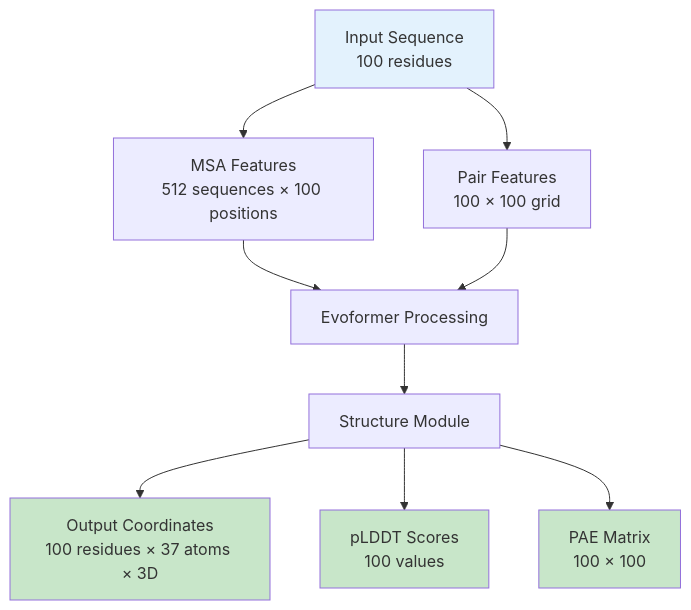
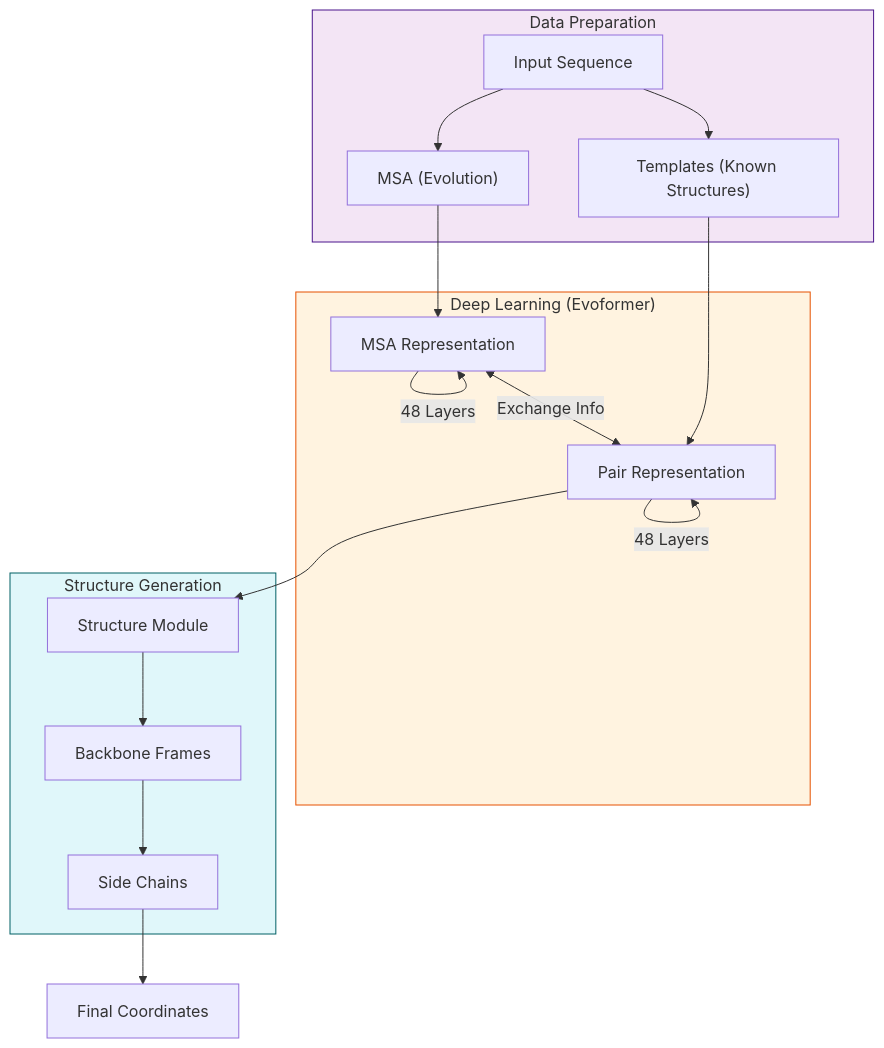
One commit to kimtth/science-alpha-fold-note changed the fourth of 7 diagrams in Diagram.md. Above: the diagram before and after it, drawn with Mermaid. The commit also changed other lines of this file and 2 other files, not shown here.

````diff
--- a/Diagram.md
+++ b/Diagram.md
@@ -143,18 +90,27 @@
 ```mermaid
 flowchart TD
-    A[Input Sequence<br/>100 residues] --> B[MSA Features<br/>512 sequences × 100 positions]
-    A --> C[Pair Features<br/>100 × 100 grid]
-    
-    B --> D[Evoformer Processing]
-    C --> D
-    
-    D --> E[Structure Module]
-    E --> F[Output Coordinates<br/>100 residues × 37 atoms × 3D]
-    E --> G[pLDDT Scores<br/>100 values]
-    E --> H[PAE Matrix<br/>100 × 100]
-    
-    style A fill:#e3f2fd
-    style F fill:#c8e6c9
-    style G fill:#c8e6c9
-    style H fill:#c8e6c9
+    subgraph Data ["Data Preparation"]
+        A["Input Sequence"] --> B["MSA (Evolution)"]
+        A --> C["Templates (Known Structures)"]
+    end
+
+    subgraph Network ["Deep Learning (Evoformer)"]
+        D["MSA Representation"] <-->|Exchange Info| E["Pair Representation"]
+        D --"48 Layers"--> D
+        E --"48 Layers"--> E
+    end
+
+    subgraph 3D ["Structure Generation"]
+        F["Structure Module"] --> G["Backbone Frames"]
+        G --> H["Side Chains"]
+    end
+
+    B --> D
+    C --> E
+    E --> F
+    H --> I[Final Coordinates]
+
+    style Data fill:#f3e5f5,stroke:#4a148c
+    style Network fill:#fff3e0,stroke:#e65100
+    style 3D fill:#e0f7fa,stroke:#006064
 ```
````
